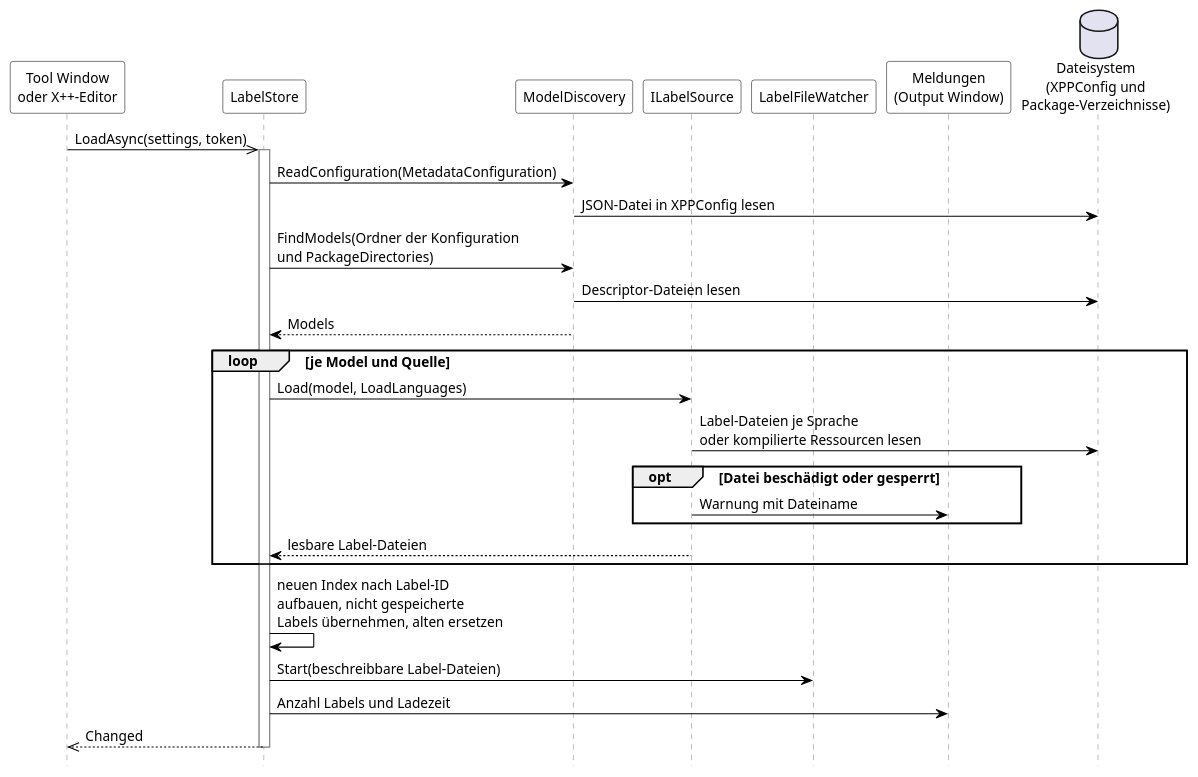
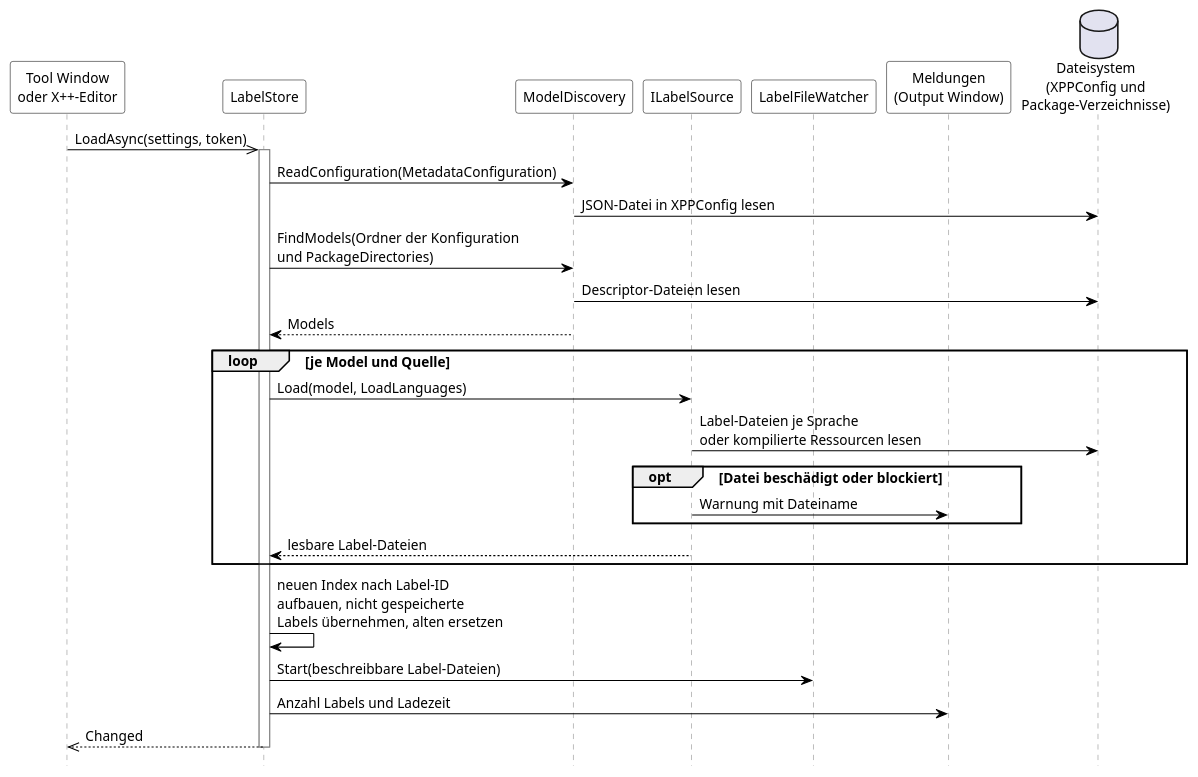
One commit to Adyrem/diploma-label-localization changed the diagram in documentation/diagrams/Sequenz_Laden.puml. Above: the diagram before and after it, drawn with PlantUML. The commit also changed 19 other files, not shown here.

Commit message:
Konzept überarbeitet: Festlegungen und fachliche Regeln verteilt, Diagramme kompakter, Sequenz zum Sprung, weniger Verweise, Aufwand AP5.3

```diff
--- a/documentation/diagrams/Sequenz_Laden.puml
+++ b/documentation/diagrams/Sequenz_Laden.puml
@@ -1,45 +1,45 @@
 @startuml
 ' Sequenz beim Laden der Labels im Hintergrund.
 ' Rendern: plantuml -tpng -charset UTF-8 Sequenz_Laden.puml
 
 skinparam defaultFontSize 13
 skinparam shadowing false
 skinparam sequence {
   ParticipantBackgroundColor White
   ParticipantBorderColor Black
   DatabaseBackgroundColor White
   DatabaseBorderColor Black
   LifeLineBorderColor Gray
   ArrowColor Black
 }
 hide footbox
 
 participant "Tool Window\noder X++-Editor" as UI
 participant "LabelStore" as STORE
 participant "ModelDiscovery" as MD
 participant "ILabelSource" as SRC
 participant "LabelFileWatcher" as W
 participant "Meldungen\n(Output Window)" as OUT
 database "Dateisystem\n(XPPConfig und\nPackage-Verzeichnisse)" as PKG
 
 UI ->> STORE : LoadAsync(settings, token)
 activate STORE
 STORE -> MD : ReadConfiguration(MetadataConfiguration)
 MD -> PKG : JSON-Datei in XPPConfig lesen
 STORE -> MD : FindModels(Ordner der Konfiguration\nund PackageDirectories)
 MD -> PKG : Descriptor-Dateien lesen
 MD --> STORE : Models
 loop je Model und Quelle
   STORE -> SRC : Load(model, LoadLanguages)
   SRC -> PKG : Label-Dateien je Sprache\noder kompilierte Ressourcen lesen
-  opt Datei beschädigt oder gesperrt
+  opt Datei beschädigt oder blockiert
     SRC -> OUT : Warnung mit Dateiname
   end
   SRC --> STORE : lesbare Label-Dateien
 end
 STORE -> STORE : neuen Index nach Label-ID\naufbauen, nicht gespeicherte\nLabels übernehmen, alten ersetzen
 STORE -> W : Start(beschreibbare Label-Dateien)
 STORE -> OUT : Anzahl Labels und Ladezeit
 STORE -->> UI : Changed
 deactivate STORE
 @enduml
```
